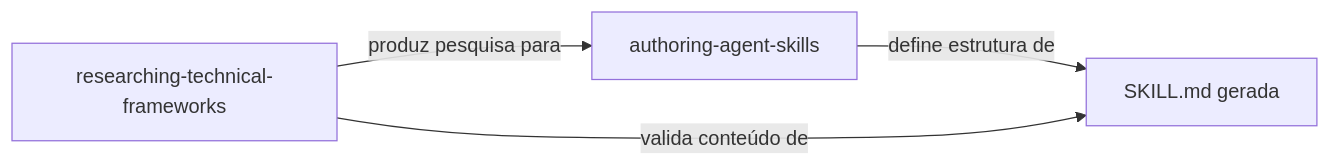
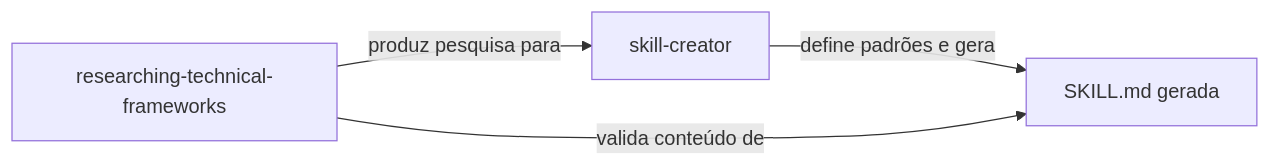
The diagram in docs/capacidades/skills.md (rodrigo-mendes/agents-factory), drawn with Mermaid before and after one commit. The commit also changed other lines of this file and 57 other files, not shown here.

````diff
--- a/docs/capacidades/skills.md
+++ b/docs/capacidades/skills.md
@@ -84,6 +83,6 @@
 ```mermaid
 graph LR
-    R[researching-technical-frameworks] -->|produz pesquisa para| A[authoring-agent-skills]
-    A -->|define estrutura de| SK[SKILL.md gerada]
+    R[researching-technical-frameworks] -->|produz pesquisa para| A[skill-creator]
+    A -->|define padrões e gera| SK[SKILL.md gerada]
     R -->|valida conteúdo de| SK
 ```
````
